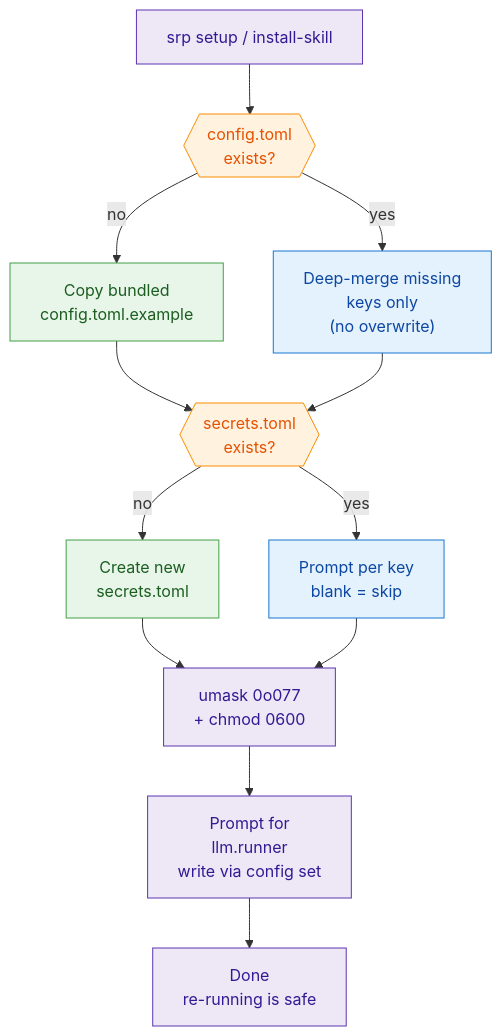
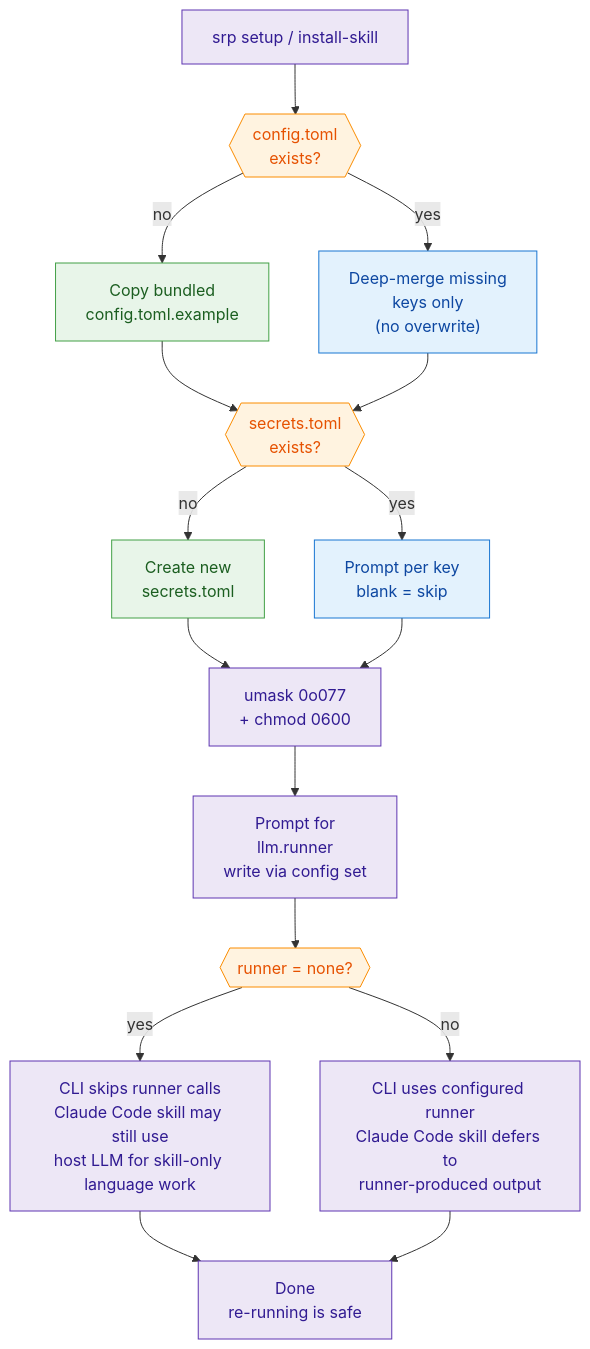
Before and after one commit to reshinto/social-research-probe: the diagram in docs/diagrams/src/config_lifecycle.mmd, drawn with Mermaid. The commit also changed 108 other files, not shown here.

```diff
--- a/docs/diagrams/src/config_lifecycle.mmd
+++ b/docs/diagrams/src/config_lifecycle.mmd
@@ -1,21 +1,25 @@
 graph TD
     A["srp setup / install-skill"] --> B{{"config.toml<br/>exists?"}}
     B -->|no| C["Copy bundled<br/>config.toml.example"]
     B -->|yes| D["Deep-merge missing<br/>keys only<br/>(no overwrite)"]
     C --> E{{"secrets.toml<br/>exists?"}}
     D --> E
     E -->|no| F["Create new<br/>secrets.toml"]
     E -->|yes| G["Prompt per key<br/>blank = skip"]
     F --> H["umask 0o077<br/>+ chmod 0600"]
     G --> H
     H --> I["Prompt for<br/>llm.runner<br/>write via config set"]
-    I --> J["Done<br/>re-running is safe"]
+    I --> J{{"runner = none?"}}
+    J -->|yes| K["CLI skips runner calls<br/>Claude Code skill may still use<br/>host LLM for skill-only language work"]
+    J -->|no| L["CLI uses configured runner<br/>Claude Code skill defers to<br/>runner-produced output"]
+    K --> M["Done<br/>re-running is safe"]
+    L --> M
 
     classDef fresh fill:#e8f5e9,stroke:#43a047,color:#1b5e20;
     classDef existing fill:#e3f2fd,stroke:#1976d2,color:#0d47a1;
     classDef decide fill:#fff3e0,stroke:#fb8c00,color:#e65100;
     classDef terminal fill:#ede7f6,stroke:#5e35b1,color:#311b92;
     class C,F fresh;
     class D,G existing;
-    class B,E decide;
-    class A,H,I,J terminal;
+    class B,E,J decide;
+    class A,H,I,K,L,M terminal;
```
